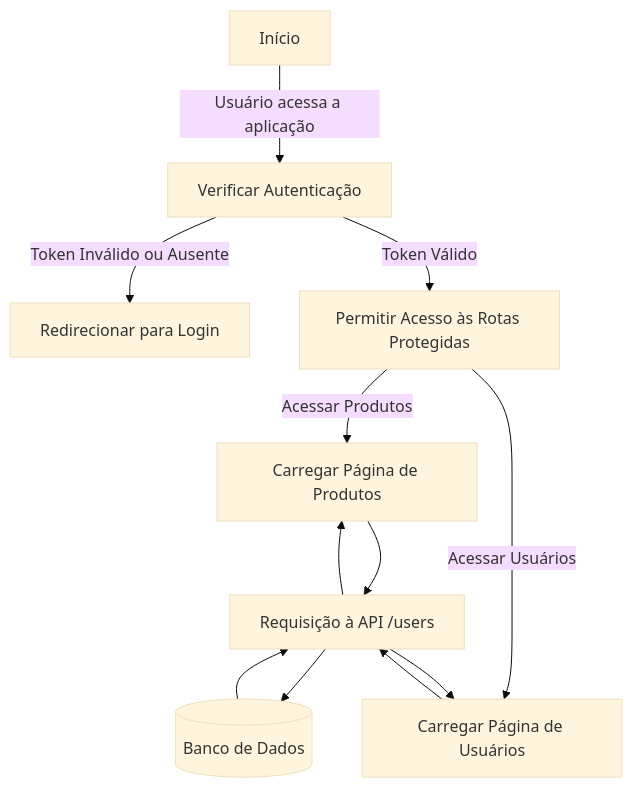
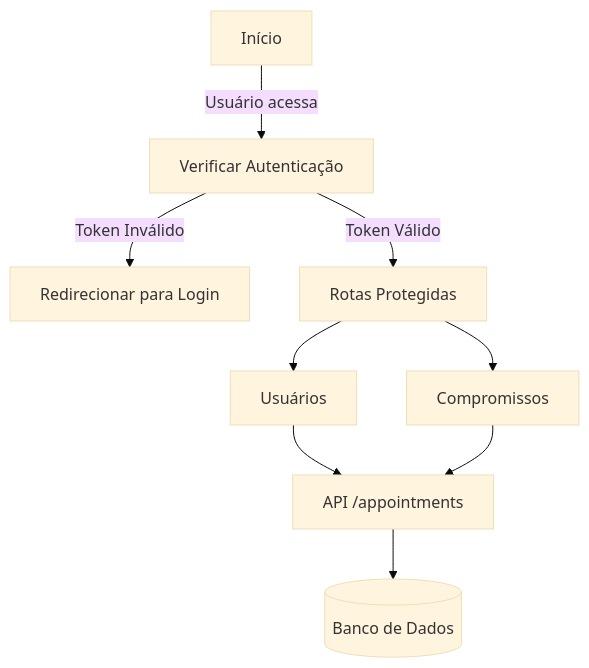
Before and after one commit to taisazevedo9/node_api: the diagram in README.md, drawn with Mermaid (base theme). The commit also changed other lines of this file and 25 other files, not shown here.

````diff
--- a/README.md
+++ b/README.md
@@ -189,14 +166,11 @@
 ```mermaid
 graph TD
-    Start[Início] -->|Usuário acessa a aplicação| AuthCheck[Verificar Autenticação]
-    AuthCheck -->|Token Inválido ou Ausente| RedirectLogin[Redirecionar para Login]
-    AuthCheck -->|Token Válido| AccessProtected[Permitir Acesso às Rotas Protegidas]
-    AccessProtected -->|Acessar Produtos| Produtos[Carregar Página de Produtos]
-    AccessProtected -->|Acessar Usuários| Usuarios[Carregar Página de Usuários]
-    Produtos --> API[Requisição à API /produtos]
-    Usuarios --> API[Requisição à API /users]
+    Start[Início] -->|Usuário acessa| AuthCheck[Verificar Autenticação]
+    AuthCheck -->|Token Inválido| RedirectLogin[Redirecionar para Login]
+    AuthCheck -->|Token Válido| AccessProtected[Rotas Protegidas]
+    AccessProtected --> Usuarios[Usuários]
+    AccessProtected --> Compromissos[Compromissos]
+    Usuarios --> API[API /users]
+    Compromissos --> API[API /appointments]
     API --> DB[(Banco de Dados)]
-    DB --> API
-    API --> Produtos
-    API --> Usuarios
 ```
````
